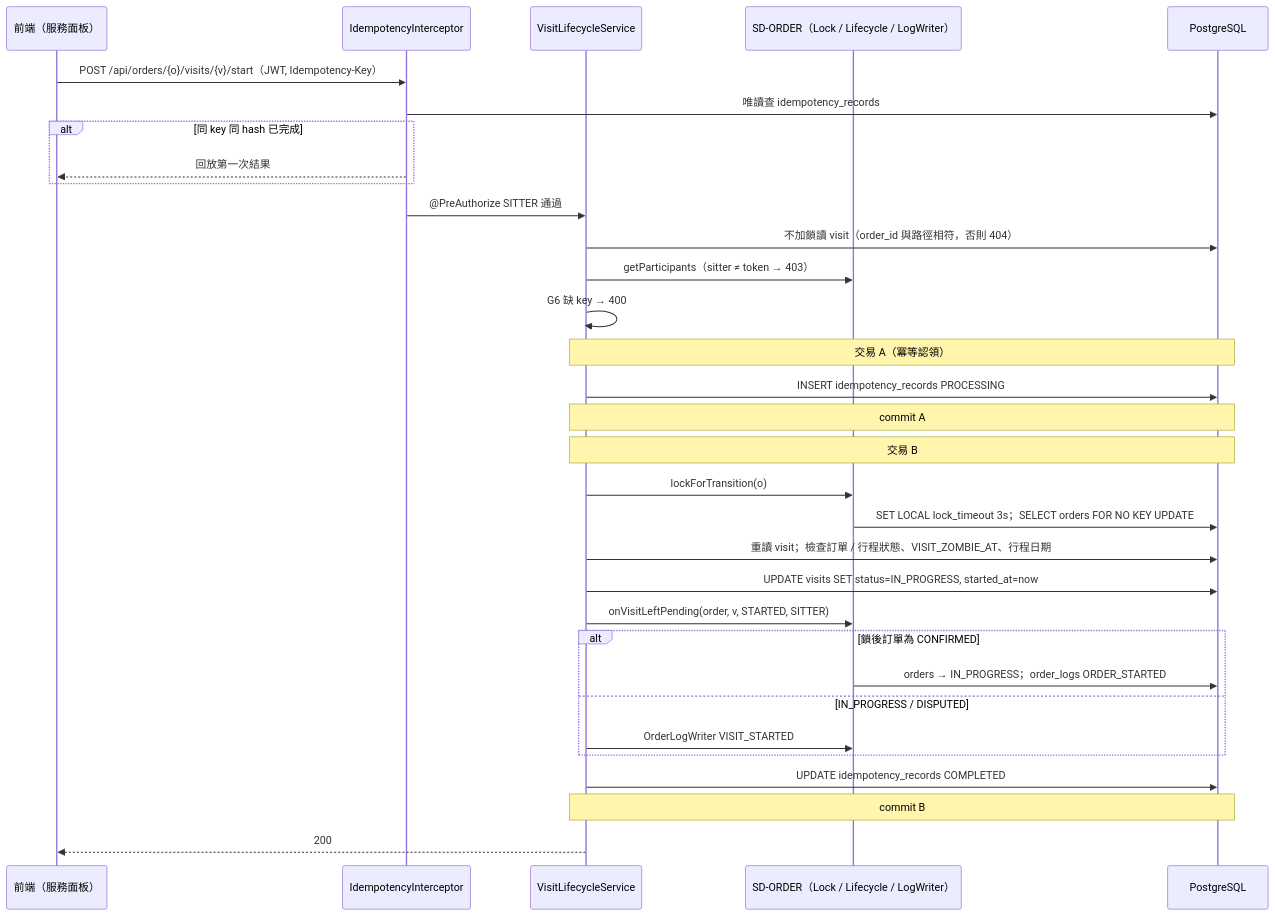
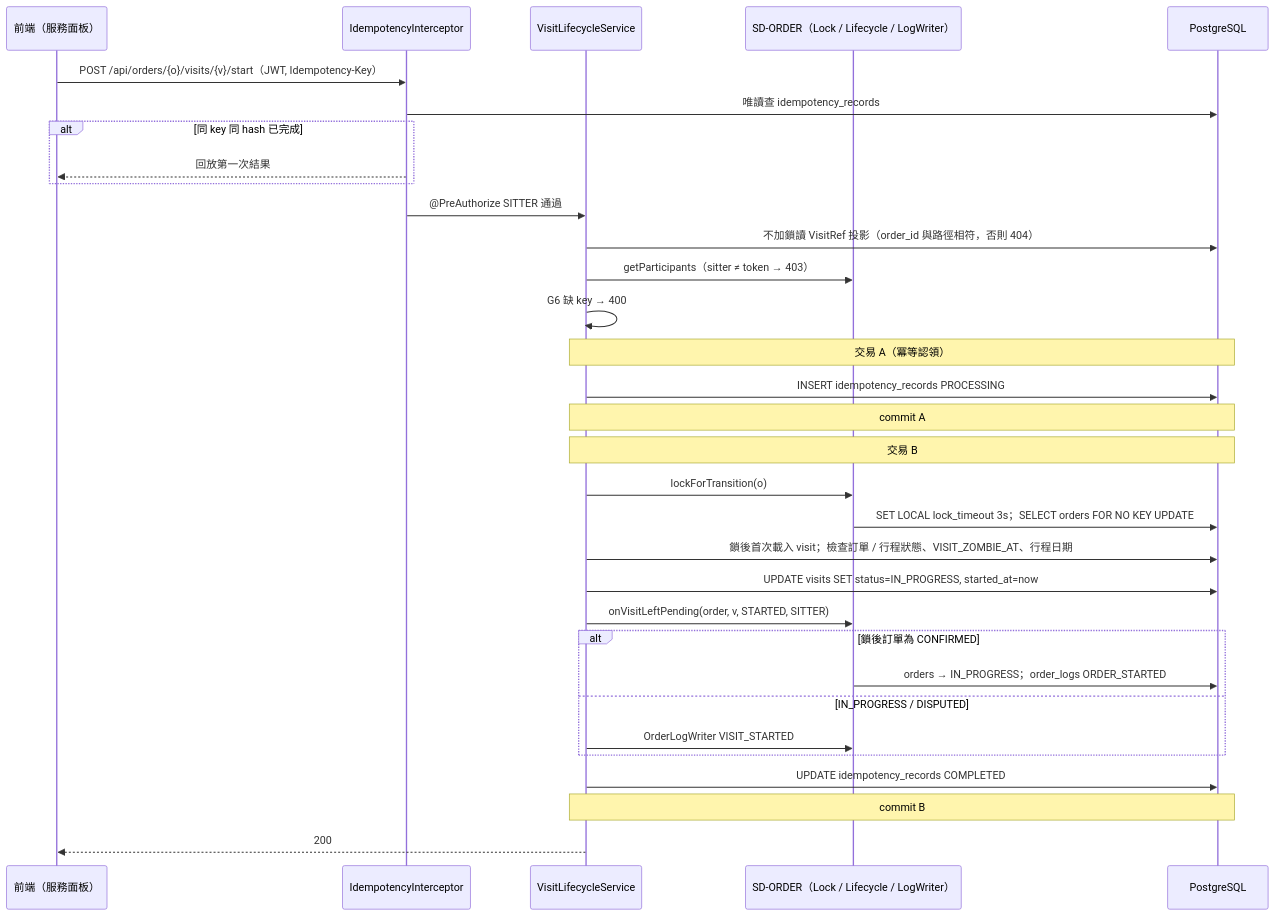
One commit to willchiangch/cat-sitter-project changed the fourth of 7 diagrams in docs/sd/SD-FULFILL.md. Above: the diagram before and after it, drawn with Mermaid. The commit also changed other lines of this file and 6 other files, not shown here.

````diff
--- a/docs/sd/SD-FULFILL.md
+++ b/docs/sd/SD-FULFILL.md
@@ -285,34 +306,34 @@
 ```mermaid
 sequenceDiagram
     participant FE as 前端（服務面板）
     participant INT as IdempotencyInterceptor
     participant SVC as VisitLifecycleService
     participant ORD as SD-ORDER（Lock / Lifecycle / LogWriter）
     participant DB as PostgreSQL
     FE->>INT: POST /api/orders/{o}/visits/{v}/start（JWT, Idempotency-Key）
     INT->>DB: 唯讀查 idempotency_records
     alt 同 key 同 hash 已完成
         INT-->>FE: 回放第一次結果
     end
     INT->>SVC: @PreAuthorize SITTER 通過
-    SVC->>DB: 不加鎖讀 visit（order_id 與路徑相符，否則 404）
+    SVC->>DB: 不加鎖讀 VisitRef 投影（order_id 與路徑相符，否則 404）
     SVC->>ORD: getParticipants（sitter ≠ token → 403）
     SVC->>SVC: G6 缺 key → 400
     Note over SVC,DB: 交易 A（冪等認領）
     SVC->>DB: INSERT idempotency_records PROCESSING
     Note over SVC,DB: commit A
     Note over SVC,DB: 交易 B
     SVC->>ORD: lockForTransition(o)
     ORD->>DB: SET LOCAL lock_timeout 3s；SELECT orders FOR NO KEY UPDATE
-    SVC->>DB: 重讀 visit；檢查訂單 / 行程狀態、VISIT_ZOMBIE_AT、行程日期
+    SVC->>DB: 鎖後首次載入 visit；檢查訂單 / 行程狀態、VISIT_ZOMBIE_AT、行程日期
     SVC->>DB: UPDATE visits SET status=IN_PROGRESS, started_at=now
     SVC->>ORD: onVisitLeftPending(order, v, STARTED, SITTER)
     alt 鎖後訂單為 CONFIRMED
         ORD->>DB: orders → IN_PROGRESS；order_logs ORDER_STARTED
     else IN_PROGRESS / DISPUTED
         SVC->>ORD: OrderLogWriter VISIT_STARTED
     end
     SVC->>DB: UPDATE idempotency_records COMPLETED
     Note over SVC,DB: commit B
     SVC-->>FE: 200
 ```
````
